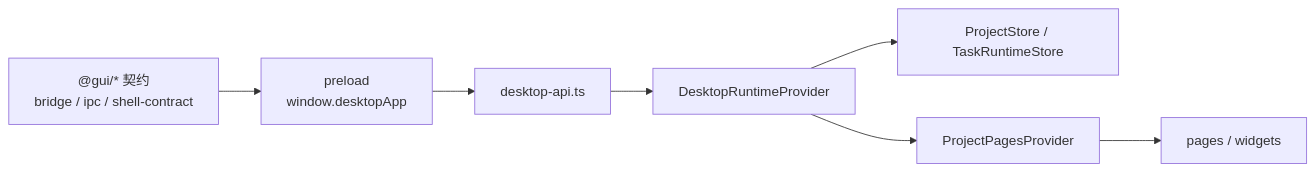
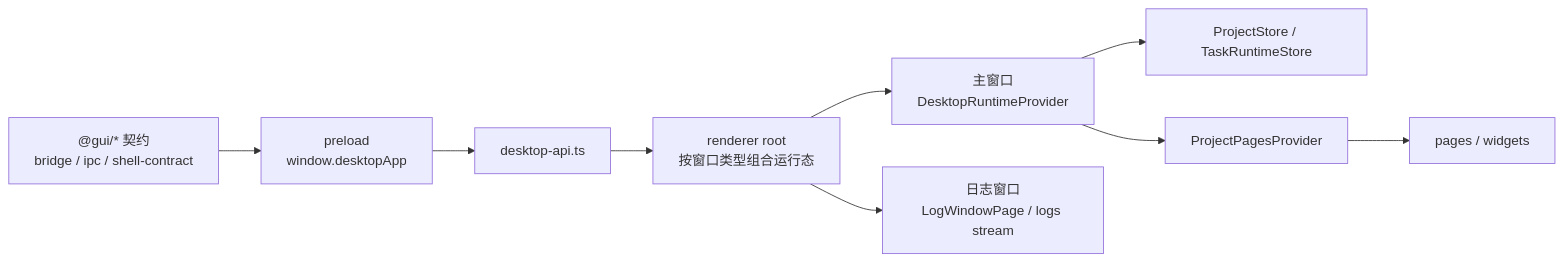
Before and after one commit to neavo/LinguaGacha: the diagram in docs/FRONTEND.md, drawn with Mermaid. The commit also changed other lines of this file and 3 other files, not shown here.

````diff
--- a/docs/FRONTEND.md
+++ b/docs/FRONTEND.md
@@ -7,9 +7,11 @@
 ```mermaid
 flowchart LR
   Contract["@gui/* 契约<br/>bridge / ipc / shell-contract"] --> Preload["preload<br/>window.desktopApp"]
   Preload --> API["desktop-api.ts"]
-  API --> Runtime["DesktopRuntimeProvider"]
+  API --> Root["renderer root<br/>按窗口类型组合运行态"]
+  Root --> Runtime["主窗口<br/>DesktopRuntimeProvider"]
+  Root --> Logs["日志窗口<br/>LogWindowPage / logs stream"]
   Runtime --> Store["ProjectStore / TaskRuntimeStore"]
   Runtime --> PagesRuntime["ProjectPagesProvider"]
   PagesRuntime --> Pages["pages / widgets"]
 ```
````
